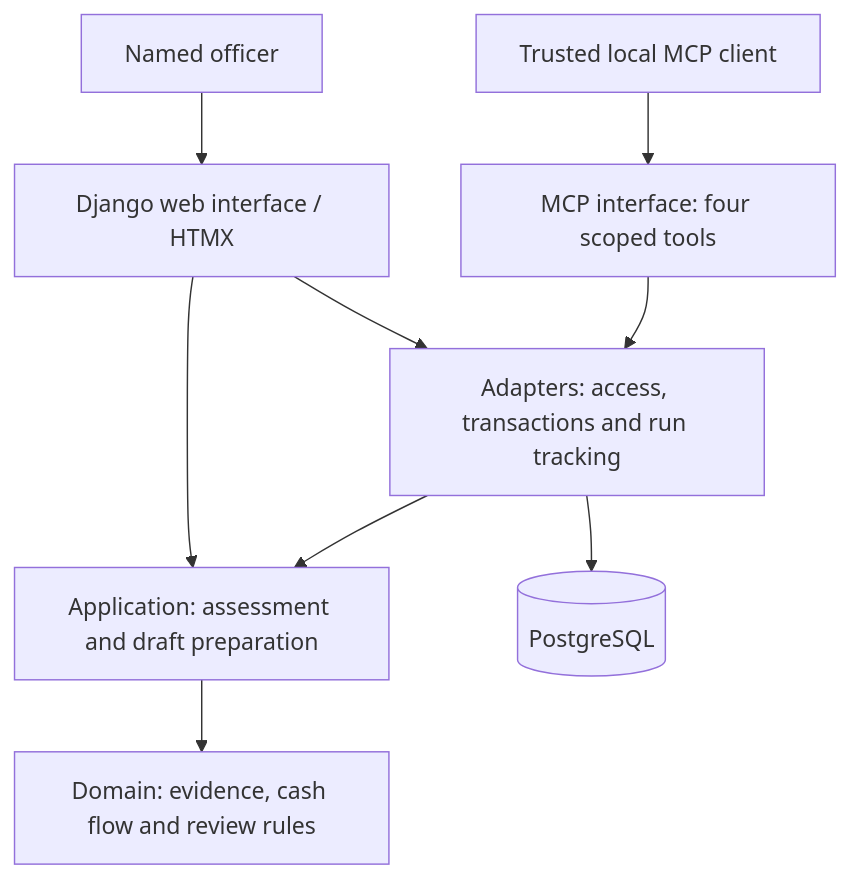
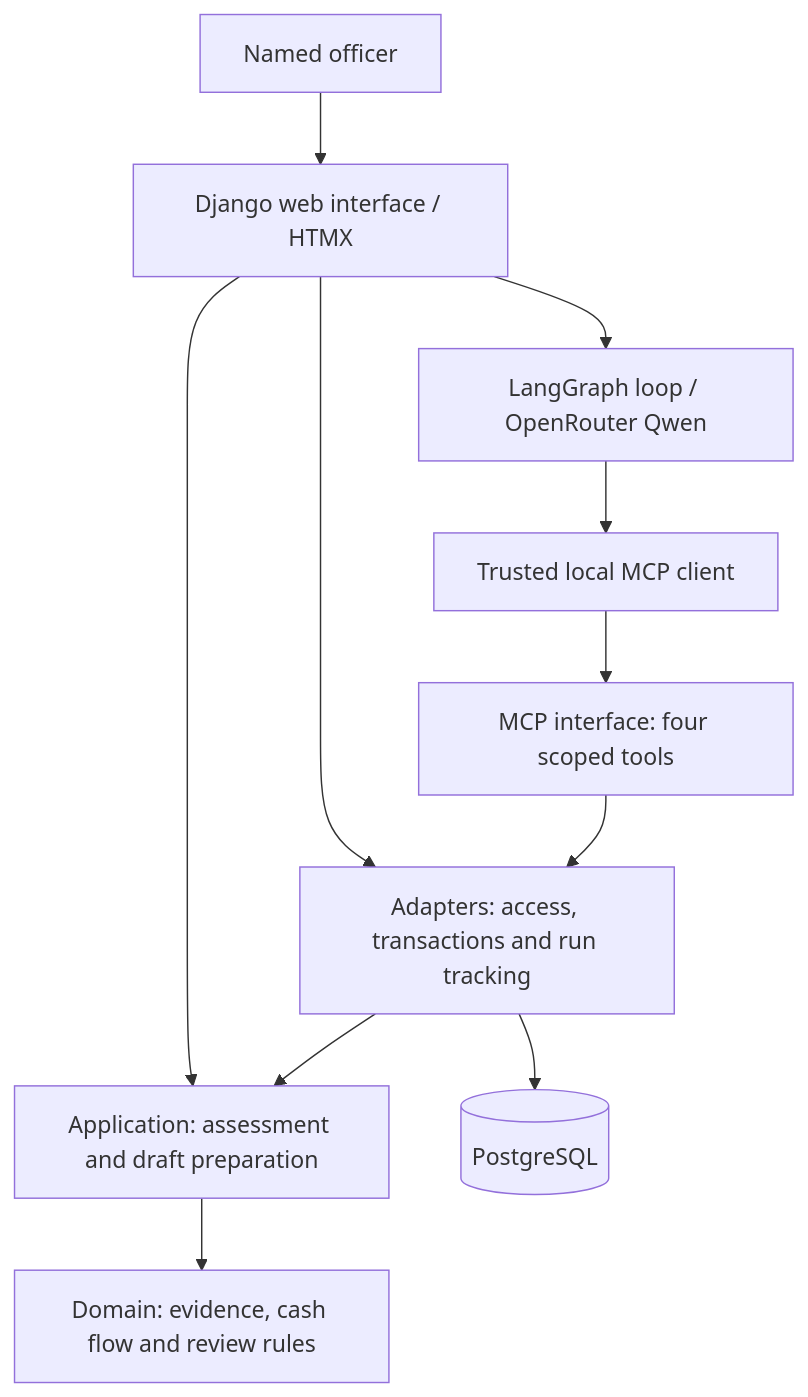
The diagram in docs/architecture.md (MathaiMarvin/farm-credit), drawn with Mermaid before and after one commit. The commit also changed other lines of this file and 62 other files, not shown here.

````diff
--- a/docs/architecture.md
+++ b/docs/architecture.md
@@ -16,11 +16,13 @@
 ```mermaid
 flowchart TD
     Officer[Named officer] --> Web[Django web interface / HTMX]
-    Client[Trusted local MCP client] --> MCP[MCP interface: four scoped tools]
+    Web --> Agent[LangGraph loop / OpenRouter Qwen]
+    Agent --> Client[Trusted local MCP client]
+    Client --> MCP[MCP interface: four scoped tools]
     Web --> Adapters[Adapters: access, transactions and run tracking]
     MCP --> Adapters
     Web --> Application[Application: assessment and draft preparation]
     Adapters --> Application
     Application --> Domain[Domain: evidence, cash flow and review rules]
     Adapters --> DB[(PostgreSQL)]
 ```
````
